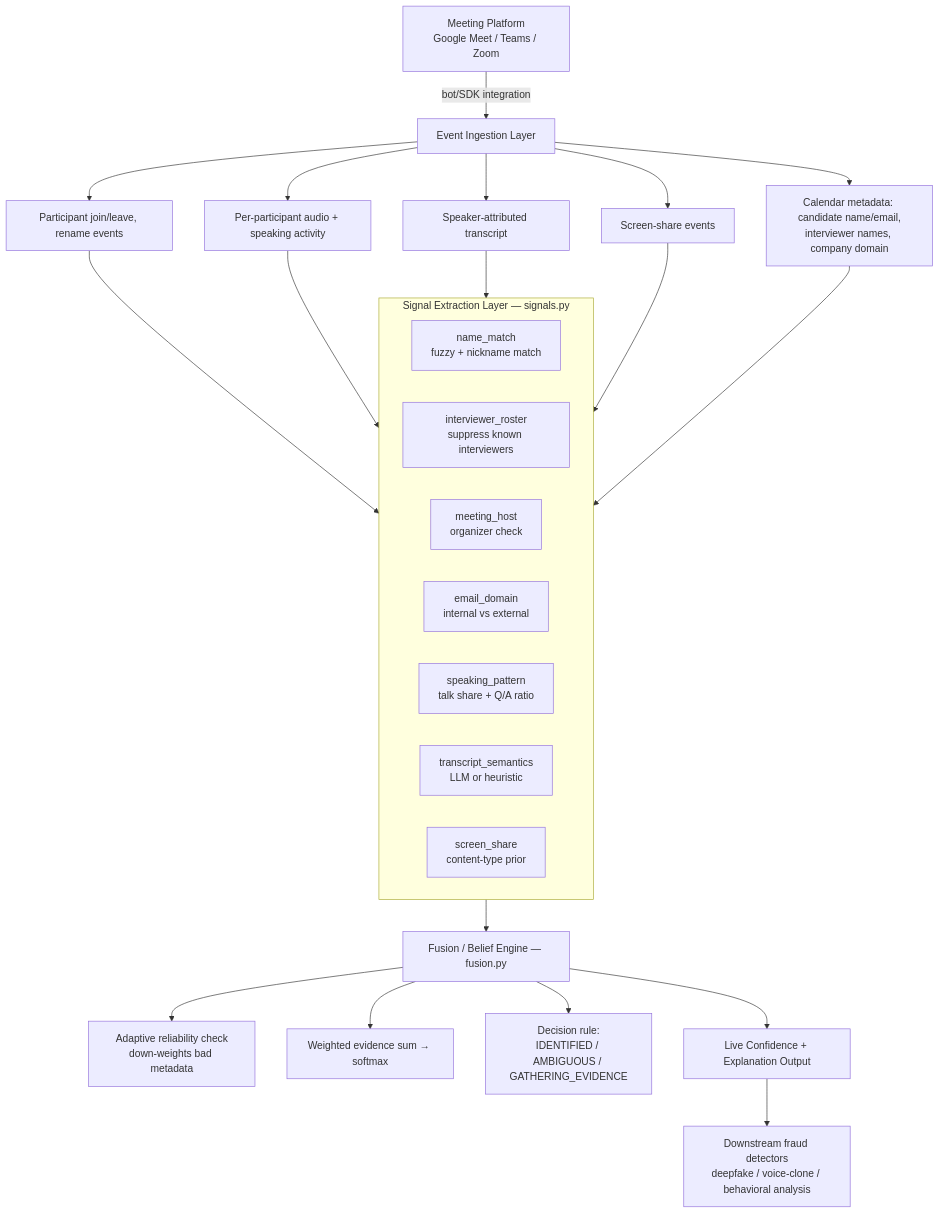
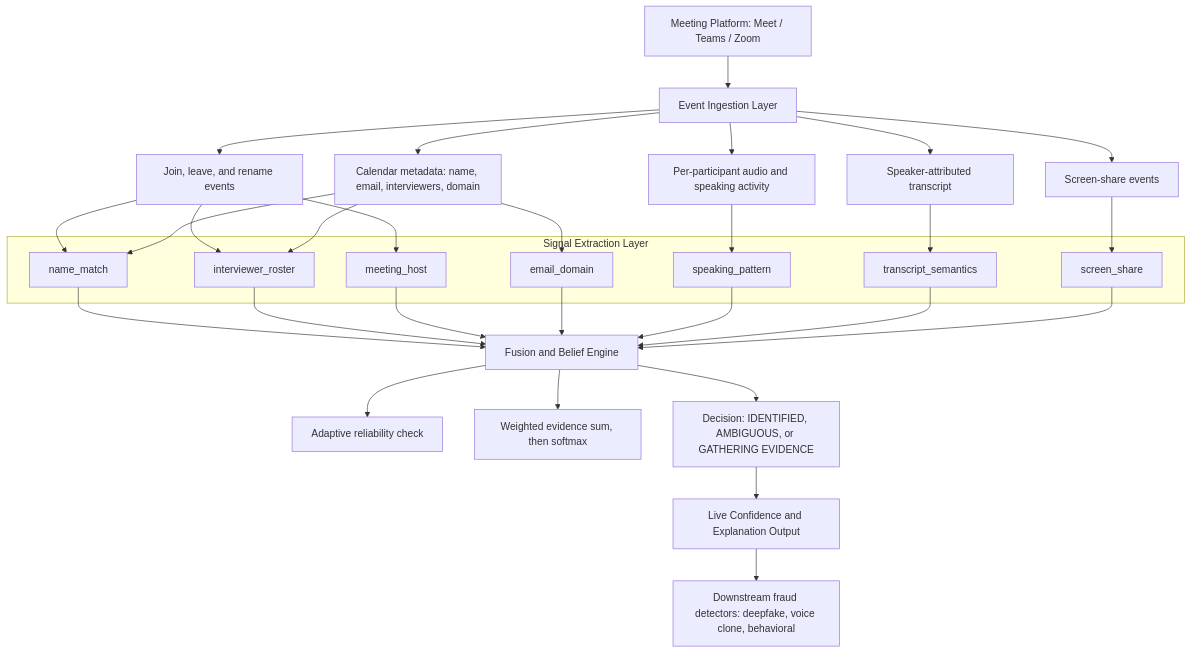
Before and after one commit to saksinha30/sherlock_prototype: the diagram in ARCHITECTURE.md, drawn with Mermaid.

````diff
--- a/ARCHITECTURE.md
+++ b/ARCHITECTURE.md
@@ -3,33 +3,44 @@
 ```mermaid
 flowchart TD
-    A[Meeting Platform<br/>Google Meet / Teams / Zoom] -->|bot/SDK integration| B[Event Ingestion Layer]
-    B --> B1[Participant join/leave, rename events]
-    B --> B2[Per-participant audio + speaking activity]
-    B --> B3[Speaker-attributed transcript]
-    B --> B4[Screen-share events]
-    B --> B5[Calendar metadata: candidate name/email,<br/>interviewer names, company domain]
+    A["Meeting Platform: Meet / Teams / Zoom"] --> B["Event Ingestion Layer"]
+    B --> B1["Join, leave, and rename events"]
+    B --> B2["Per-participant audio and speaking activity"]
+    B --> B3["Speaker-attributed transcript"]
+    B --> B4["Screen-share events"]
+    B --> B5["Calendar metadata: name, email, interviewers, domain"]
 
-    B1 --> C[Signal Extraction Layer]
-    B2 --> C
-    B3 --> C
-    B4 --> C
-    B5 --> C
-
-    subgraph C[Signal Extraction Layer — signals.py]
-        C1[name_match<br/>fuzzy + nickname match]
-        C2[interviewer_roster<br/>suppress known interviewers]
-        C3[meeting_host<br/>organizer check]
-        C4[email_domain<br/>internal vs external]
-        C5[speaking_pattern<br/>talk share + Q/A ratio]
-        C6[transcript_semantics<br/>LLM or heuristic]
-        C7[screen_share<br/>content-type prior]
+    subgraph SIG["Signal Extraction Layer"]
+        C1["name_match"]
+        C2["interviewer_roster"]
+        C3["meeting_host"]
+        C4["email_domain"]
+        C5["speaking_pattern"]
+        C6["transcript_semantics"]
+        C7["screen_share"]
     end
 
-    C --> D[Fusion / Belief Engine — fusion.py]
-    D --> D1[Adaptive reliability check<br/>down-weights bad metadata]
-    D --> D2[Weighted evidence sum → softmax]
-    D --> D3[Decision rule:<br/>IDENTIFIED / AMBIGUOUS / GATHERING_EVIDENCE]
+    B1 --> C1
+    B1 --> C2
+    B1 --> C3
+    B2 --> C5
+    B3 --> C6
+    B4 --> C7
+    B5 --> C1
+    B5 --> C2
+    B5 --> C4
 
-    D --> E[Live Confidence + Explanation Output]
-    E --> F[Downstream fraud detectors<br/>deepfake / voice-clone / behavioral analysis]
+    C1 --> D["Fusion and Belief Engine"]
+    C2 --> D
+    C3 --> D
+    C4 --> D
+    C5 --> D
+    C6 --> D
+    C7 --> D
+
+    D --> D1["Adaptive reliability check"]
+    D --> D2["Weighted evidence sum, then softmax"]
+    D --> D3["Decision: IDENTIFIED, AMBIGUOUS, or GATHERING EVIDENCE"]
+
+    D3 --> E["Live Confidence and Explanation Output"]
+    E --> F["Downstream fraud detectors: deepfake, voice clone, behavioral"]
 ```
````
